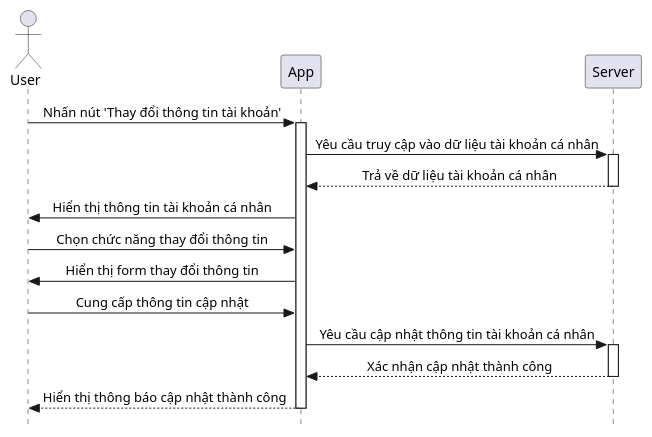
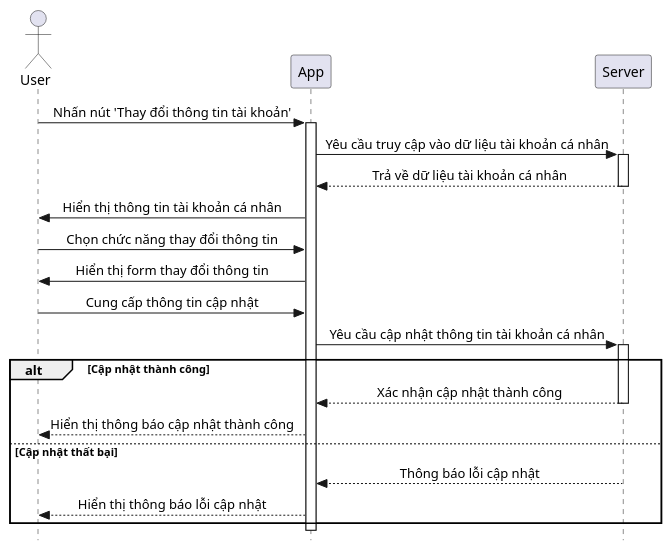
Before and after one commit to HiimDucManh/SE357-Pratice-class: the diagram in Lab1/Lab1.2/Change Account Infomation/ChangeAccInf_Seq.pu, drawn with PlantUML. The commit also changed 17 other files, not shown here.

```diff
--- a/Lab1/Lab1.2/Change Account Infomation/ChangeAccInf_Seq.pu
+++ b/Lab1/Lab1.2/Change Account Infomation/ChangeAccInf_Seq.pu
@@ -1,25 +1,34 @@
 @startuml
 skinparam style strictuml
 skinparam SequenceMessageAlignment center
 
 actor User
 participant App
 participant Server
 
 User -> App: Nhấn nút 'Thay đổi thông tin tài khoản'
 activate App
 App -> Server: Yêu cầu truy cập vào dữ liệu tài khoản cá nhân
 activate Server
 Server --> App: Trả về dữ liệu tài khoản cá nhân
 deactivate Server
+
 App -> User: Hiển thị thông tin tài khoản cá nhân
 User -> App: Chọn chức năng thay đổi thông tin
 App -> User: Hiển thị form thay đổi thông tin
 User -> App: Cung cấp thông tin cập nhật
 App -> Server: Yêu cầu cập nhật thông tin tài khoản cá nhân
 activate Server
-Server --> App: Xác nhận cập nhật thành công
-deactivate Server
-App --> User: Hiển thị thông báo cập nhật thành công
+
+alt Cập nhật thành công
+    Server --> App: Xác nhận cập nhật thành công
+    deactivate Server
+    App --> User: Hiển thị thông báo cập nhật thành công
+else Cập nhật thất bại
+    Server --> App: Thông báo lỗi cập nhật
+    deactivate Server
+    App --> User: Hiển thị thông báo lỗi cập nhật
+end
+
 deactivate App
 @enduml
```
